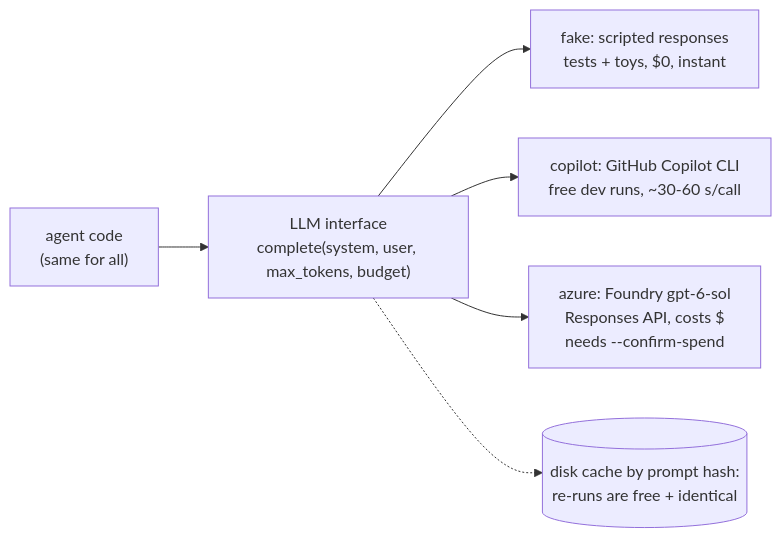
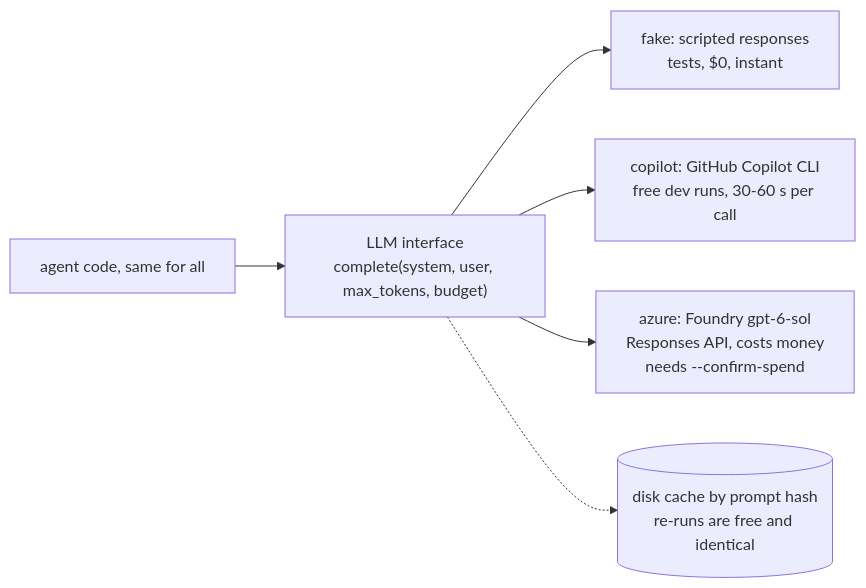
The fifth of 5 diagrams in docs/from_zero/08_part_c_agents.md (node31/fiqa-agentic-retrieval), drawn with Mermaid before and after one commit. The commit also changed other lines of this file and 9 other files, not shown here.

````diff
--- a/docs/from_zero/08_part_c_agents.md
+++ b/docs/from_zero/08_part_c_agents.md
@@ -289,8 +233,8 @@
 ```mermaid
 flowchart LR
-    A["agent code<br/>(same for all)"] --> I["LLM interface<br/>complete(system, user, max_tokens, budget)"]
-    I --> F["fake: scripted responses<br/>tests + toys, $0, instant"]
-    I --> CP["copilot: GitHub Copilot CLI<br/>free dev runs, ~30-60 s/call"]
-    I --> AZ["azure: Foundry gpt-6-sol<br/>Responses API, costs $<br/>needs --confirm-spend"]
-    I -.-> CA[("disk cache by prompt hash:<br/>re-runs are free + identical")]
+    A["agent code, same for all"] --> I["LLM interface<br/>complete(system, user, max_tokens, budget)"]
+    I --> F["fake: scripted responses<br/>tests, $0, instant"]
+    I --> CP["copilot: GitHub Copilot CLI<br/>free dev runs, 30-60 s per call"]
+    I --> AZ["azure: Foundry gpt-6-sol<br/>Responses API, costs money<br/>needs --confirm-spend"]
+    I -.-> CA[("disk cache by prompt hash<br/>re-runs are free and identical")]
 ```
````
